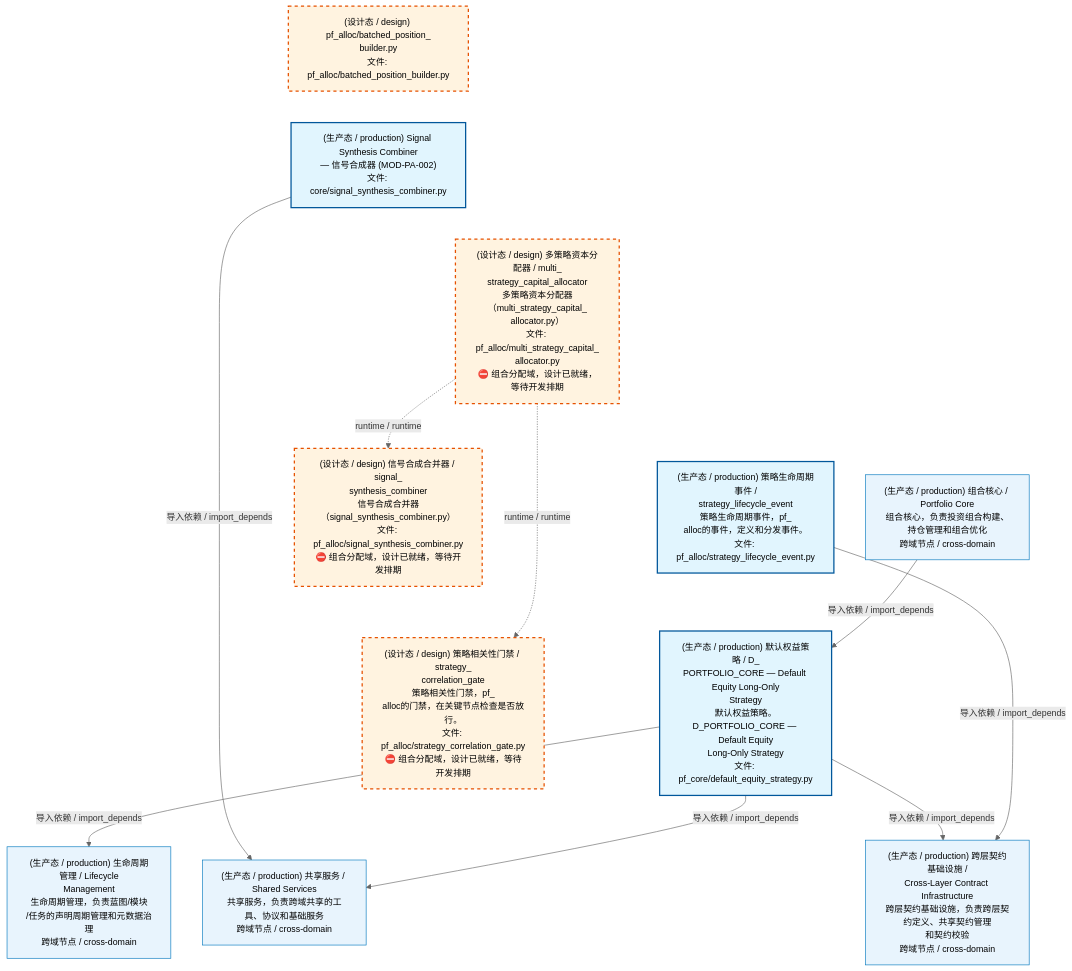
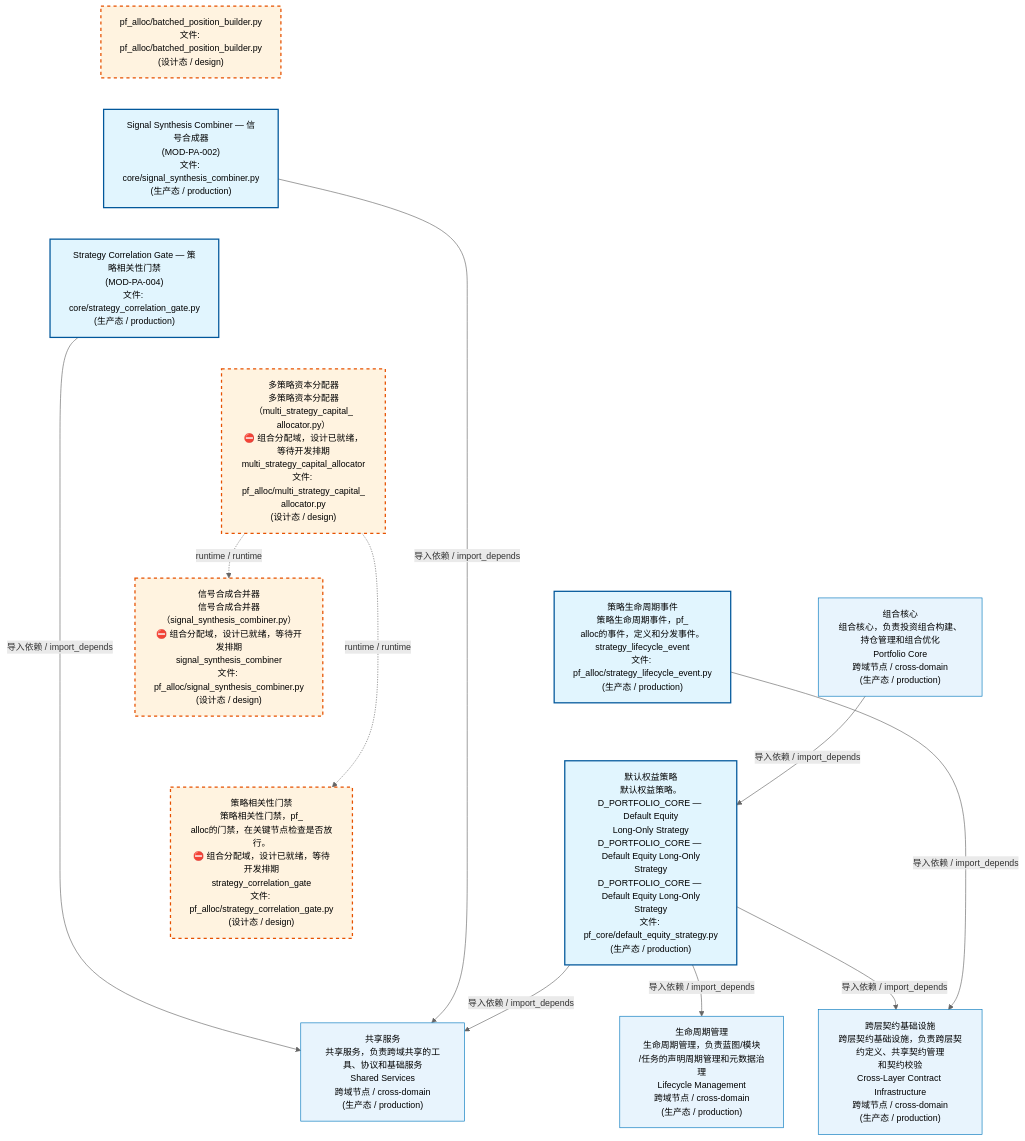
One commit to xuanFelixVan/ZephyrAlpha changed the first of 4 diagrams in docs/02_enterprise_architecture/02_domain_architecture_docs/62_d_pf_alloc.md. Above: the diagram before and after it, drawn with Mermaid. The commit also changed other lines of this file and 62 other files, not shown here.

````diff
--- a/docs/02_enterprise_architecture/02_domain_architecture_docs/62_d_pf_alloc.md
+++ b/docs/02_enterprise_architecture/02_domain_architecture_docs/62_d_pf_alloc.md
@@ -53,35 +53,38 @@
 ```mermaid
 %%{init: {'theme': 'base', 'themeVariables': {'primaryColor': '#eaeaea', 'primaryTextColor': '#333333', 'primaryBorderColor': '#666666', 'lineColor': '#666666', 'secondaryColor': '#eaeaea', 'tertiaryColor': '#eaeaea', 'fontSize': '14px'}}}%%
 flowchart TD
-    src_zephyr_pf_alloc_batched_position_builder_py["(设计态 / design) pf_alloc/batched_position_<br/>builder.py<br/>文件: pf_alloc/batched_position_builder.py"]
-    src_zephyr_pf_alloc_core_signal_synthesis_combiner_py["(生产态 / production) Signal Synthesis Combiner<br/>— 信号合成器 (MOD-PA-002)<br/>文件: core/signal_synthesis_combiner.py"]
-    src_zephyr_pf_alloc_multi_strategy_capital_allocator_py["(设计态 / design) 多策略资本分配器 / multi_<br/>strategy_capital_allocator<br/>多策略资本分配器（multi_strategy_capital_<br/>allocator.py）<br/>文件: pf_alloc/multi_strategy_capital_<br/>allocator.py<br/>⛔ 组合分配域，设计已就绪，等待开发排期"]
-    src_zephyr_pf_alloc_strategy_lifecycle_event_py["(生产态 / production) 策略生命周期事件 /<br/>strategy_lifecycle_event<br/>策略生命周期事件，pf_<br/>alloc的事件，定义和分发事件。<br/>文件: pf_alloc/strategy_lifecycle_event.py"]
-    src_zephyr_pf_core_default_equity_strategy_py["(生产态 / production) 默认权益策略 / D_<br/>PORTFOLIO_CORE — Default Equity Long-Only<br/>Strategy<br/>默认权益策略。D_PORTFOLIO_CORE — Default Equity<br/>Long-Only Strategy<br/>文件: pf_core/default_equity_strategy.py"]
+    src_zephyr_pf_alloc_batched_position_builder_py["pf_alloc/batched_position_builder.py<br/>文件: pf_alloc/batched_position_builder.py<br/>(设计态 / design)"]
+    src_zephyr_pf_alloc_core_signal_synthesis_combiner_py["Signal Synthesis Combiner — 信号合成器<br/>(MOD-PA-002)<br/>文件: core/signal_synthesis_combiner.py<br/>(生产态 / production)"]
+    src_zephyr_pf_alloc_core_strategy_correlation_gate_py["Strategy Correlation Gate — 策略相关性门禁<br/>(MOD-PA-004)<br/>文件: core/strategy_correlation_gate.py<br/>(生产态 / production)"]
+    src_zephyr_pf_alloc_multi_strategy_capital_allocator_py["多策略资本分配器<br/>多策略资本分配器（multi_strategy_capital_<br/>allocator.py）<br/>⛔ 组合分配域，设计已就绪，等待开发排期<br/>multi_strategy_capital_allocator<br/>文件: pf_alloc/multi_strategy_capital_<br/>allocator.py<br/>(设计态 / design)"]
+    src_zephyr_pf_alloc_strategy_lifecycle_event_py["策略生命周期事件<br/>策略生命周期事件，pf_<br/>alloc的事件，定义和分发事件。<br/>strategy_lifecycle_event<br/>文件: pf_alloc/strategy_lifecycle_event.py<br/>(生产态 / production)"]
+    src_zephyr_pf_core_default_equity_strategy_py["默认权益策略<br/>默认权益策略。D_PORTFOLIO_CORE — Default Equity<br/>Long-Only Strategy<br/>D_PORTFOLIO_CORE — Default Equity Long-Only<br/>Strategy<br/>D_PORTFOLIO_CORE — Default Equity Long-Only<br/>Strategy<br/>文件: pf_core/default_equity_strategy.py<br/>(生产态 / production)"]
     src_zephyr_pf_alloc_batched_position_builder_py ~~~ src_zephyr_pf_alloc_core_signal_synthesis_combiner_py
-    src_zephyr_pf_alloc_core_signal_synthesis_combiner_py ~~~ src_zephyr_pf_alloc_multi_strategy_capital_allocator_py
+    src_zephyr_pf_alloc_core_signal_synthesis_combiner_py ~~~ src_zephyr_pf_alloc_core_strategy_correlation_gate_py
+    src_zephyr_pf_alloc_core_strategy_correlation_gate_py ~~~ src_zephyr_pf_alloc_multi_strategy_capital_allocator_py
     src_zephyr_pf_alloc_multi_strategy_capital_allocator_py ~~~ src_zephyr_pf_alloc_strategy_lifecycle_event_py
     src_zephyr_pf_alloc_strategy_lifecycle_event_py ~~~ src_zephyr_pf_core_default_equity_strategy_py
-    src_zephyr_pf_alloc_signal_synthesis_combiner_py["(设计态 / design) 信号合成合并器 / signal_<br/>synthesis_combiner<br/>信号合成合并器（signal_synthesis_combiner.py）<br/>文件: pf_alloc/signal_synthesis_combiner.py<br/>⛔ 组合分配域，设计已就绪，等待开发排期"]
-    src_zephyr_pf_alloc_strategy_correlation_gate_py["(设计态 / design) 策略相关性门禁 / strategy_<br/>correlation_gate<br/>策略相关性门禁，pf_<br/>alloc的门禁，在关键节点检查是否放行。<br/>文件: pf_alloc/strategy_correlation_gate.py<br/>⛔ 组合分配域，设计已就绪，等待开发排期"]
+    src_zephyr_pf_alloc_signal_synthesis_combiner_py["信号合成合并器<br/>信号合成合并器（signal_synthesis_combiner.py）<br/>⛔ 组合分配域，设计已就绪，等待开发排期<br/>signal_synthesis_combiner<br/>文件: pf_alloc/signal_synthesis_combiner.py<br/>(设计态 / design)"]
+    src_zephyr_pf_alloc_strategy_correlation_gate_py["策略相关性门禁<br/>策略相关性门禁，pf_<br/>alloc的门禁，在关键节点检查是否放行。<br/>⛔ 组合分配域，设计已就绪，等待开发排期<br/>strategy_correlation_gate<br/>文件: pf_alloc/strategy_correlation_gate.py<br/>(设计态 / design)"]
     src_zephyr_pf_alloc_signal_synthesis_combiner_py ~~~ src_zephyr_pf_alloc_strategy_correlation_gate_py
     src_zephyr_pf_alloc_multi_strategy_capital_allocator_py -.->|runtime / runtime| src_zephyr_pf_alloc_signal_synthesis_combiner_py
     src_zephyr_pf_alloc_multi_strategy_capital_allocator_py -.->|runtime / runtime| src_zephyr_pf_alloc_strategy_correlation_gate_py
-    D_SHARED["(生产态 / production) 共享服务 / Shared Services<br/>共享服务，负责跨域共享的工具、协议和基础服务<br/>跨域节点 / cross-domain"]
+    D_SHARED["共享服务<br/>共享服务，负责跨域共享的工具、协议和基础服务<br/>Shared Services<br/>跨域节点 / cross-domain<br/>(生产态 / production)"]
+    src_zephyr_pf_alloc_core_strategy_correlation_gate_py -->|导入依赖 / import_depends| D_SHARED
     src_zephyr_pf_alloc_core_signal_synthesis_combiner_py -->|导入依赖 / import_depends| D_SHARED
-    D_INFRASTRUCTURE["(生产态 / production) 跨层契约基础设施 /<br/>Cross-Layer Contract Infrastructure<br/>跨层契约基础设施，负责跨层契约定义、共享契约管理<br/>和契约校验<br/>跨域节点 / cross-domain"]
+    D_INFRASTRUCTURE["跨层契约基础设施<br/>跨层契约基础设施，负责跨层契约定义、共享契约管理<br/>和契约校验<br/>Cross-Layer Contract Infrastructure<br/>跨域节点 / cross-domain<br/>(生产态 / production)"]
     src_zephyr_pf_core_default_equity_strategy_py -->|导入依赖 / import_depends| D_INFRASTRUCTURE
     src_zephyr_pf_alloc_strategy_lifecycle_event_py -->|导入依赖 / import_depends| D_INFRASTRUCTURE
     src_zephyr_pf_core_default_equity_strategy_py -->|导入依赖 / import_depends| D_SHARED
-    D_GOVERNANCE["(生产态 / production) 生命周期管理 / Lifecycle<br/>Management<br/>生命周期管理，负责蓝图/模块<br/>/任务的声明周期管理和元数据治理<br/>跨域节点 / cross-domain"]
+    D_GOVERNANCE["生命周期管理<br/>生命周期管理，负责蓝图/模块<br/>/任务的声明周期管理和元数据治理<br/>Lifecycle Management<br/>跨域节点 / cross-domain<br/>(生产态 / production)"]
     src_zephyr_pf_core_default_equity_strategy_py -->|导入依赖 / import_depends| D_GOVERNANCE
-    D_PF_CORE["(生产态 / production) 组合核心 / Portfolio Core<br/>组合核心，负责投资组合构建、持仓管理和组合优化<br/>跨域节点 / cross-domain"]
+    D_PF_CORE["组合核心<br/>组合核心，负责投资组合构建、持仓管理和组合优化<br/>Portfolio Core<br/>跨域节点 / cross-domain<br/>(生产态 / production)"]
     D_PF_CORE -->|导入依赖 / import_depends| src_zephyr_pf_core_default_equity_strategy_py
     classDef production fill:#e1f5fe,stroke:#01579b,stroke-width:2px,color:#000
     classDef design fill:#fff3e0,stroke:#e65100,stroke-width:2px,color:#000,stroke-dasharray: 5 5
     classDef external_prod fill:#e8f4fd,stroke:#0277bd,stroke-width:1px,color:#000
     classDef external_design fill:#fff8e7,stroke:#ef6c00,stroke-width:1px,color:#000,stroke-dasharray: 5 5
-    class src_zephyr_pf_alloc_core_signal_synthesis_combiner_py,src_zephyr_pf_alloc_strategy_lifecycle_event_py,src_zephyr_pf_core_default_equity_strategy_py production
+    class src_zephyr_pf_alloc_core_signal_synthesis_combiner_py,src_zephyr_pf_alloc_core_strategy_correlation_gate_py,src_zephyr_pf_alloc_strategy_lifecycle_event_py,src_zephyr_pf_core_default_equity_strategy_py production
     class src_zephyr_pf_alloc_batched_position_builder_py,src_zephyr_pf_alloc_multi_strategy_capital_allocator_py,src_zephyr_pf_alloc_signal_synthesis_combiner_py,src_zephyr_pf_alloc_strategy_correlation_gate_py design
     class D_SHARED,D_INFRASTRUCTURE,D_GOVERNANCE,D_PF_CORE external_prod
 ```
````
